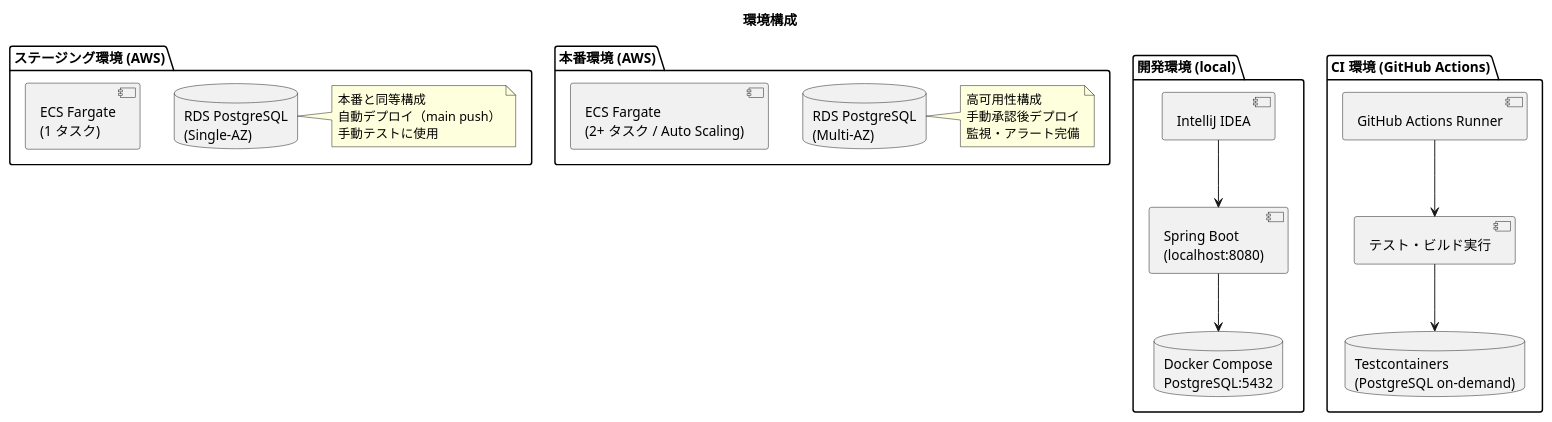
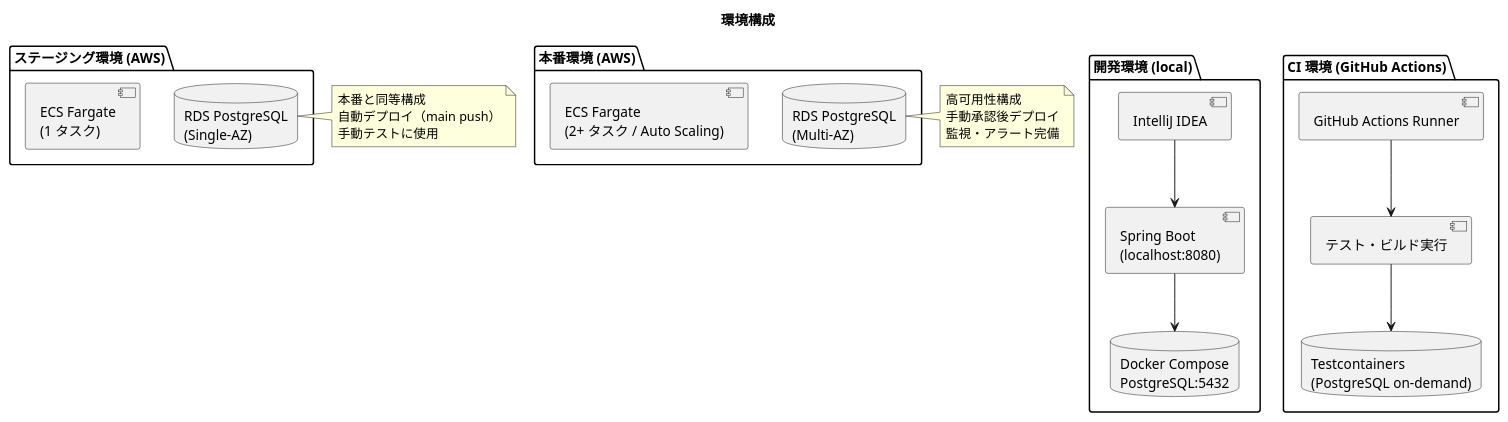
Before and after one commit to k2works/case-study-cargo-tracker: the seventh of 8 diagrams in docs/design/architecture_infrastructure.md, drawn with PlantUML. The commit also changed other lines of this file and 1 other file, not shown here.

Commit message:
fix(design): PlantUML シンタックスエラーを修正
- architecture_backend.md: rectangle 内の note right → package + note right of に変更（テストピラミッド）
- architecture_infrastructure.md: package 内の note right → note right of に変更（Dockerfile・環境構成図）

````diff
--- a/docs/design/architecture_infrastructure.md
+++ b/docs/design/architecture_infrastructure.md
@@ -373,36 +374,38 @@
 ```plantuml
 @startuml
 title 環境構成
 
 package "開発環境 (local)" as local {
   [IntelliJ IDEA]
   database "Docker Compose\nPostgreSQL:5432"
   [Spring Boot\n(localhost:8080)]
 }
 
 package "CI 環境 (GitHub Actions)" as ci {
   [GitHub Actions Runner]
   database "Testcontainers\n(PostgreSQL on-demand)"
   [テスト・ビルド実行]
 }
 
 package "ステージング環境 (AWS)" as staging {
-  [ECS Fargate\n(1 タスク)]
-  database "RDS PostgreSQL\n(Single-AZ)"
-  note right : 本番と同等構成\n自動デプロイ（main push）\n手動テストに使用
+  [ECS Fargate\n(1 タスク)] as stg_ecs
+  database "RDS PostgreSQL\n(Single-AZ)" as stg_db
 }
 
+note right of stg_db : 本番と同等構成\n自動デプロイ（main push）\n手動テストに使用
+
 package "本番環境 (AWS)" as production {
-  [ECS Fargate\n(2+ タスク / Auto Scaling)]
-  database "RDS PostgreSQL\n(Multi-AZ)"
-  note right : 高可用性構成\n手動承認後デプロイ\n監視・アラート完備
+  [ECS Fargate\n(2+ タスク / Auto Scaling)] as prod_ecs
+  database "RDS PostgreSQL\n(Multi-AZ)" as prod_db
 }
+
+note right of prod_db : 高可用性構成\n手動承認後デプロイ\n監視・アラート完備
 
 [IntelliJ IDEA] --> [Spring Boot\n(localhost:8080)]
 [Spring Boot\n(localhost:8080)] --> [Docker Compose\nPostgreSQL:5432]
 
 [GitHub Actions Runner] --> [テスト・ビルド実行]
 [テスト・ビルド実行] --> [Testcontainers\n(PostgreSQL on-demand)]
 
 @enduml
 ```
````
